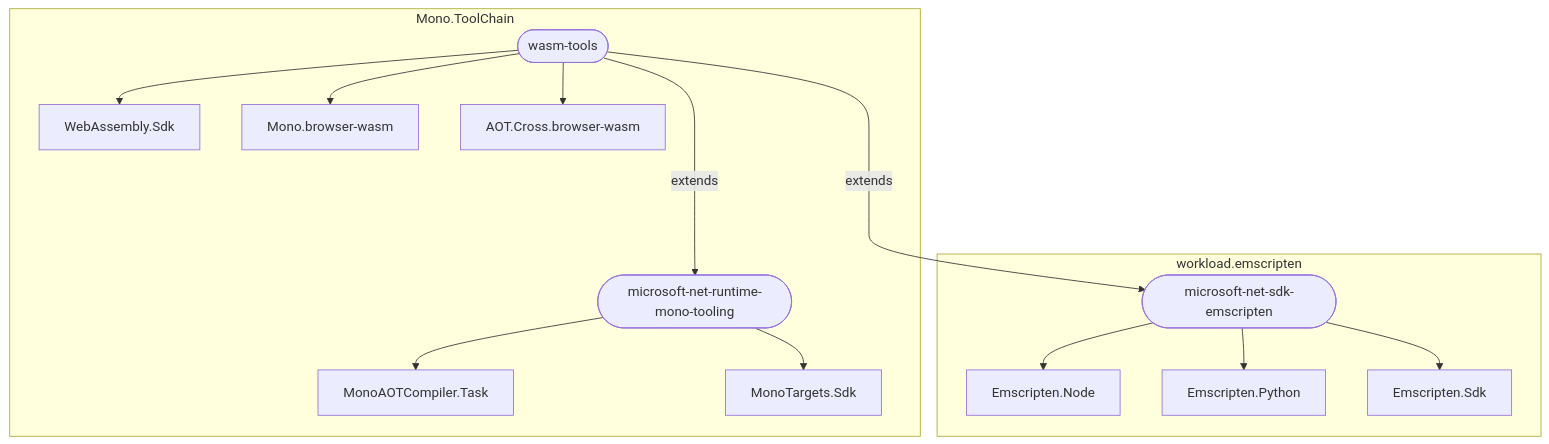
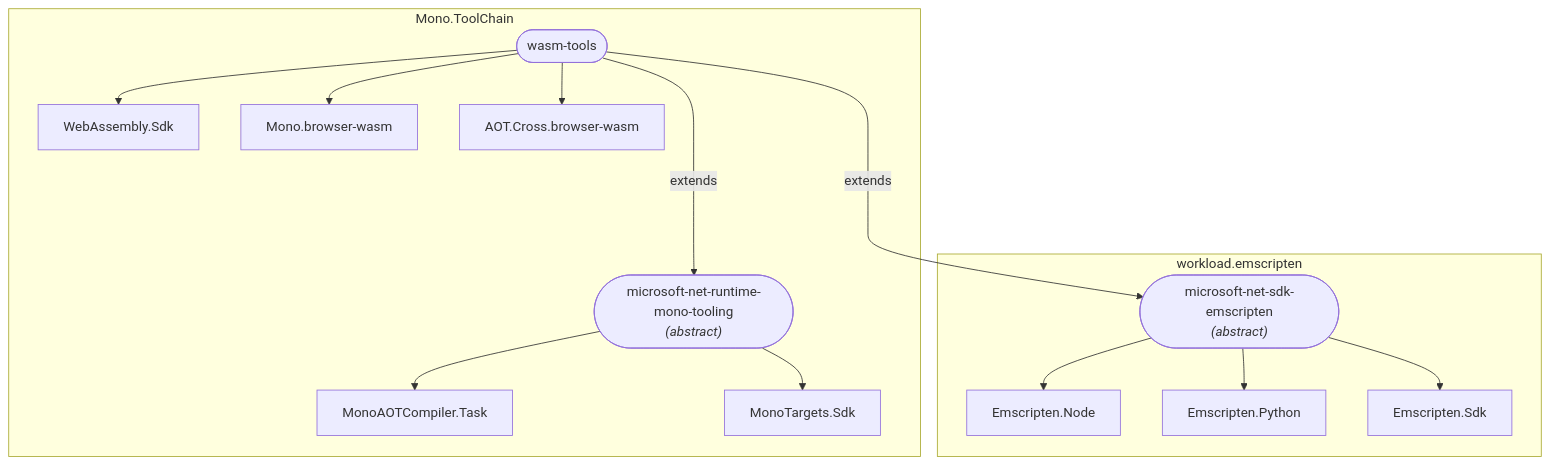
Before and after one commit to dsplaisted/WorkloadVersioningSample: the diagram in README.md, drawn with Mermaid.

Commit message:
Mark abstract workloads

````diff
--- a/README.md
+++ b/README.md
@@ -5,19 +5,19 @@
 ```mermaid
   graph TD;
       subgraph Mono.ToolChain
       wasm-tools([wasm-tools])-->Microsoft.NET.Runtime.WebAssembly.Sdk[WebAssembly.Sdk];
       wasm-tools-->Microsoft.NETCore.App.Runtime.Mono.browser-wasm[Mono.browser-wasm];
       wasm-tools-->Microsoft.NETCore.App.Runtime.AOT.Cross.browser-wasm[AOT.Cross.browser-wasm];
       wasm-tools---->|extends|microsoft-net-runtime-mono-tooling;
-      microsoft-net-runtime-mono-tooling([microsoft-net-runtime-mono-tooling])-->Microsoft.NET.Runtime.MonoAOTCompiler.Task[MonoAOTCompiler.Task];
+      microsoft-net-runtime-mono-tooling(["microsoft-net-runtime-mono-tooling<BR><I>(abstract)</I>"])-->Microsoft.NET.Runtime.MonoAOTCompiler.Task[MonoAOTCompiler.Task];
       microsoft-net-runtime-mono-tooling-->Microsoft.NET.Runtime.MonoTargets.Sdk[MonoTargets.Sdk];
       end
       
       wasm-tools---->|extends|microsoft-net-sdk-emscripten;
       
       subgraph workload.emscripten
-      microsoft-net-sdk-emscripten([microsoft-net-sdk-emscripten])-->Microsoft.NET.Runtime.Emscripten.Node[Emscripten.Node];
+      microsoft-net-sdk-emscripten(["microsoft-net-sdk-emscripten<BR><I>(abstract)</I>"])-->Microsoft.NET.Runtime.Emscripten.Node[Emscripten.Node];
       microsoft-net-sdk-emscripten-->Microsoft.NET.Runtime.Emscripten.Python[Emscripten.Python];
       microsoft-net-sdk-emscripten-->Microsoft.NET.Runtime.Emscripten.Sdk[Emscripten.Sdk];
       end
 ```
````
